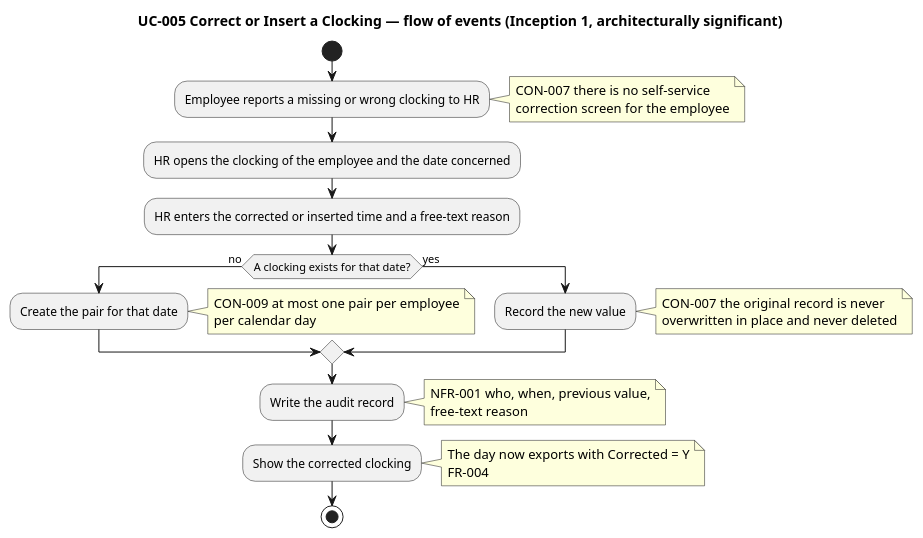
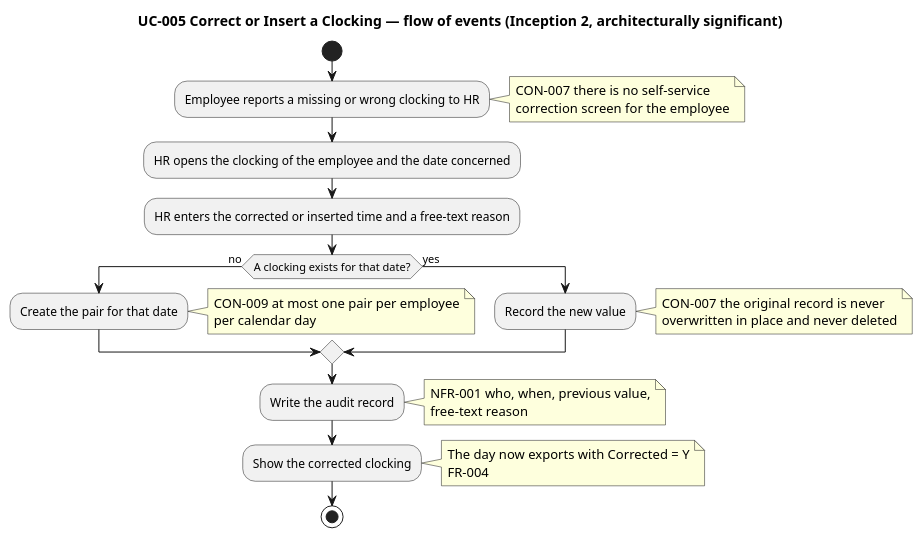
One commit to banense-test/portal changed the sixth of 6 diagrams in docs/artifacts/requirements/use-case-model.md. Above: the diagram before and after it, drawn with PlantUML. The commit also changed other lines of this file, not shown here.

````diff
--- a/docs/artifacts/requirements/use-case-model.md
+++ b/docs/artifacts/requirements/use-case-model.md
@@ -484,42 +484,42 @@
 ```plantuml
 @startuml
-title UC-005 Correct or Insert a Clocking — flow of events (Inception 1, architecturally significant)
+title UC-005 Correct or Insert a Clocking — flow of events (Inception 2, architecturally significant)
 
 start
 :Employee reports a missing or wrong clocking to HR;
 note right
   CON-007 there is no self-service
   correction screen for the employee
 end note
 
 :HR opens the clocking of the employee and the date concerned;
 :HR enters the corrected or inserted time and a free-text reason;
 
 if (A clocking exists for that date?) then (no)
   :Create the pair for that date;
   note right
     CON-009 at most one pair per employee
     per calendar day
   end note
 else (yes)
   :Record the new value;
   note right
     CON-007 the original record is never
     overwritten in place and never deleted
   end note
 endif
 
 :Write the audit record;
 note right
   NFR-001 who, when, previous value,
   free-text reason
 end note
 
 :Show the corrected clocking;
 note right
   The day now exports with Corrected = Y
   FR-004
 end note
 stop
 @enduml
 ```
````
